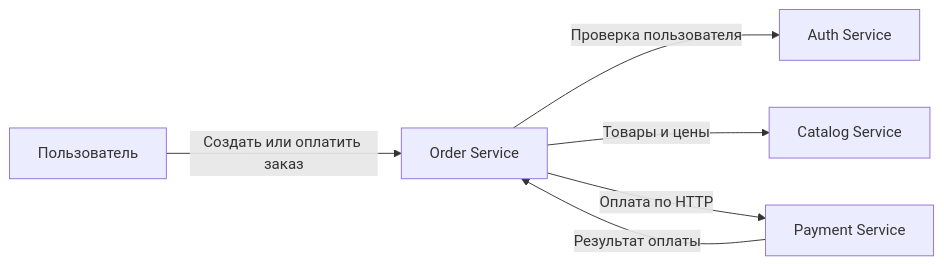
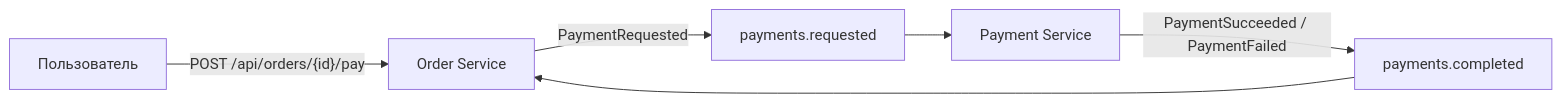
One commit to FoRogue/microservices changed the diagram in README.md. Above: the diagram before and after it, drawn with Mermaid. The commit also changed other lines of this file and 4 other files, not shown here.

````diff
--- a/README.md
+++ b/README.md
@@ -14,8 +14,8 @@
 ```mermaid
 flowchart LR
-    User["Пользователь"] -->|"Создать или оплатить заказ"| Order["Order Service"]
-    Order -->|"Проверка пользователя"| Auth["Auth Service"]
-    Order -->|"Товары и цены"| Catalog["Catalog Service"]
-    Order -->|"Оплата по HTTP"| Payment["Payment Service"]
-    Payment -->|"Результат оплаты"| Order
+    User["Пользователь"] -->|"POST /api/orders/{id}/pay"| Order["Order Service"]
+    Order -->|"PaymentRequested"| Requested["payments.requested"]
+    Requested --> Payment["Payment Service"]
+    Payment -->|"PaymentSucceeded / PaymentFailed"| Completed["payments.completed"]
+    Completed --> Order
 ```
````
